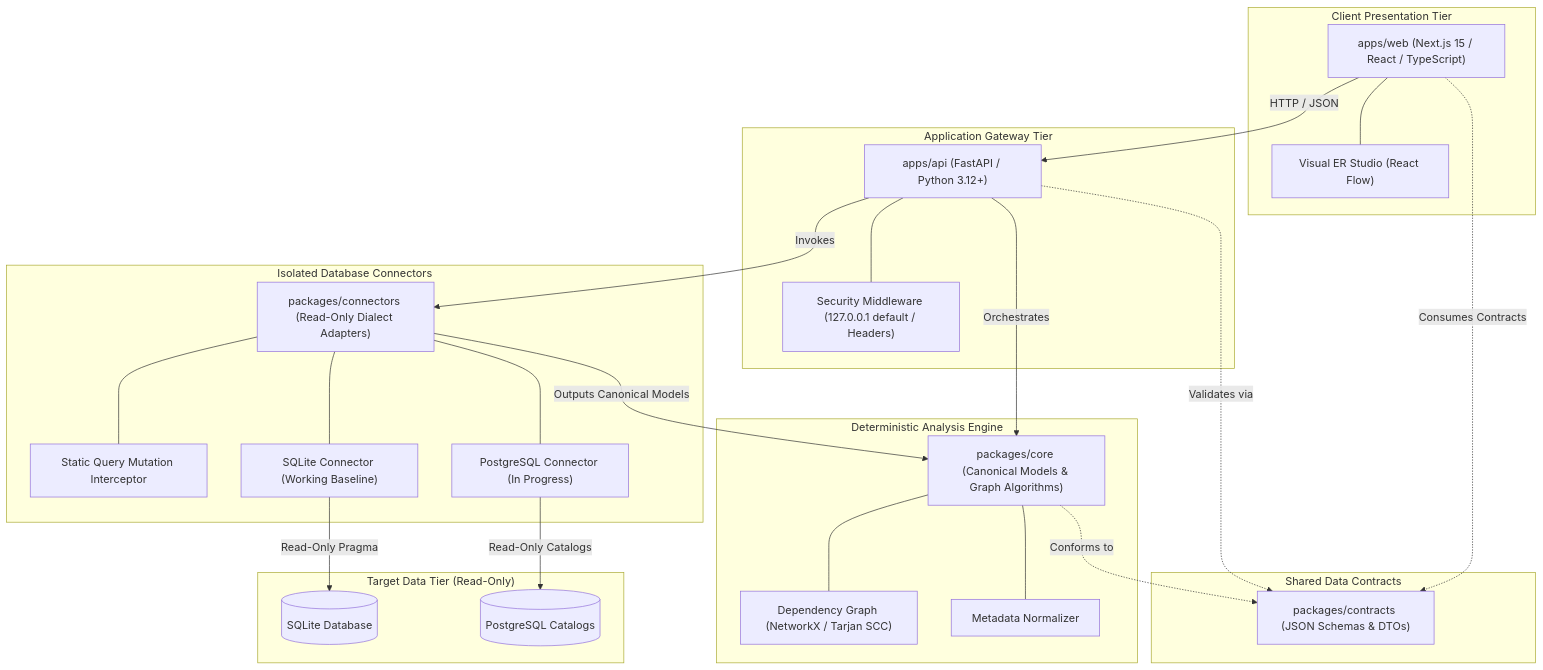
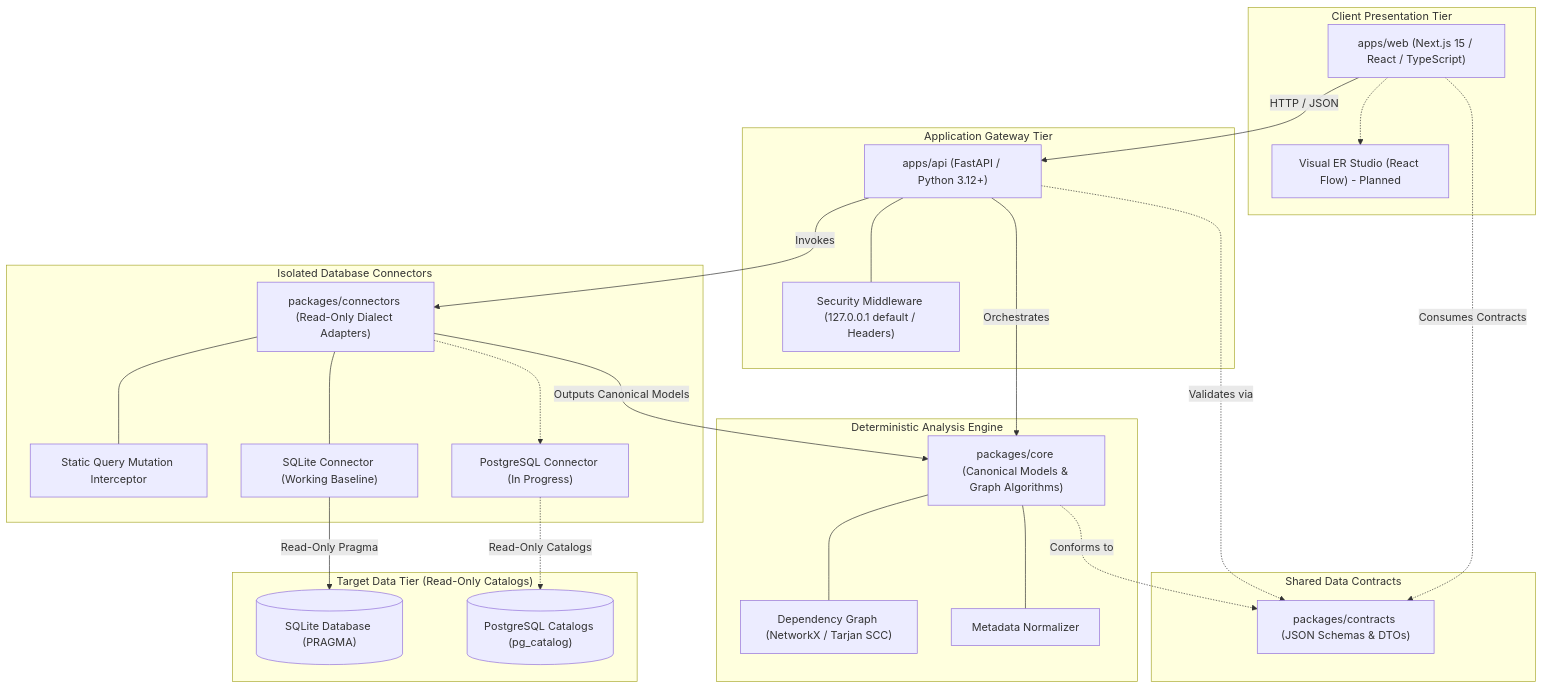
The diagram in README.md (krishanth7/dera), drawn with Mermaid before and after one commit. The commit also changed other lines of this file, not shown here.

Commit message:
docs(readme): establish authoritative project overview, feature matrix, and architecture

````diff
--- a/README.md
+++ b/README.md
@@ -142,51 +148,51 @@
 ```mermaid
 flowchart TD
     subgraph Client_Tier["Client Presentation Tier"]
         WEB["apps/web (Next.js 15 / React / TypeScript)"]
-        STUDIO["Visual ER Studio (React Flow)"]
-        WEB --- STUDIO
+        STUDIO["Visual ER Studio (React Flow) - Planned"]
+        WEB -.-> STUDIO
     end
 
     subgraph API_Tier["Application Gateway Tier"]
         API["apps/api (FastAPI / Python 3.12+)"]
         MW["Security Middleware (127.0.0.1 default / Headers)"]
         API --- MW
     end
 
     subgraph Contracts_Tier["Shared Data Contracts"]
         CONTRACTS["packages/contracts (JSON Schemas & DTOs)"]
     end
 
     subgraph Core_Tier["Deterministic Analysis Engine"]
         CORE["packages/core (Canonical Models & Graph Algorithms)"]
         DAG["Dependency Graph (NetworkX / Tarjan SCC)"]
         NORM["Metadata Normalizer"]
         CORE --- DAG
         CORE --- NORM
     end
 
     subgraph Connectors_Tier["Isolated Database Connectors"]
         CONN["packages/connectors (Read-Only Dialect Adapters)"]
         GUARD["Static Query Mutation Interceptor"]
         SQLITE["SQLite Connector (Working Baseline)"]
         PG["PostgreSQL Connector (In Progress)"]
         CONN --- GUARD
         CONN --- SQLITE
-        CONN --- PG
+        CONN -.-> PG
     end
 
-    subgraph Target_DBs["Target Data Tier (Read-Only)"]
-        TARGET_SQLITE[("SQLite Database")]
-        TARGET_PG[("PostgreSQL Catalogs")]
+    subgraph Target_DBs["Target Data Tier (Read-Only Catalogs)"]
+        TARGET_SQLITE[("SQLite Database (PRAGMA)")]
+        TARGET_PG[("PostgreSQL Catalogs (pg_catalog)")]
     end
 
     WEB -->|HTTP / JSON| API
     WEB -.->|Consumes Contracts| CONTRACTS
     API -->|Orchestrates| CORE
     API -->|Invokes| CONN
     API -.->|Validates via| CONTRACTS
     CORE -.->|Conforms to| CONTRACTS
     CONN -->|Outputs Canonical Models| CORE
     SQLITE -->|Read-Only Pragma| TARGET_SQLITE
-    PG -->|Read-Only Catalogs| TARGET_PG
+    PG -.->|Read-Only Catalogs| TARGET_PG
 ```
````
